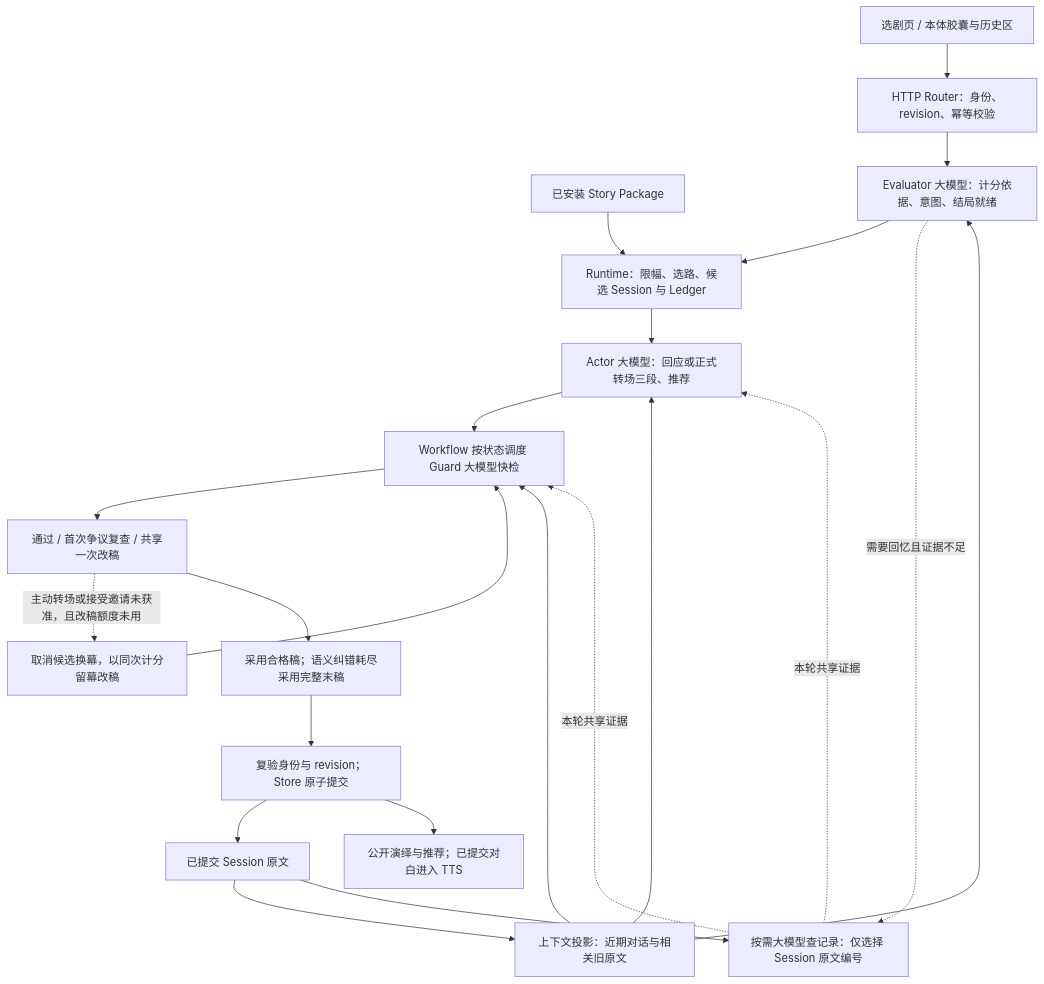
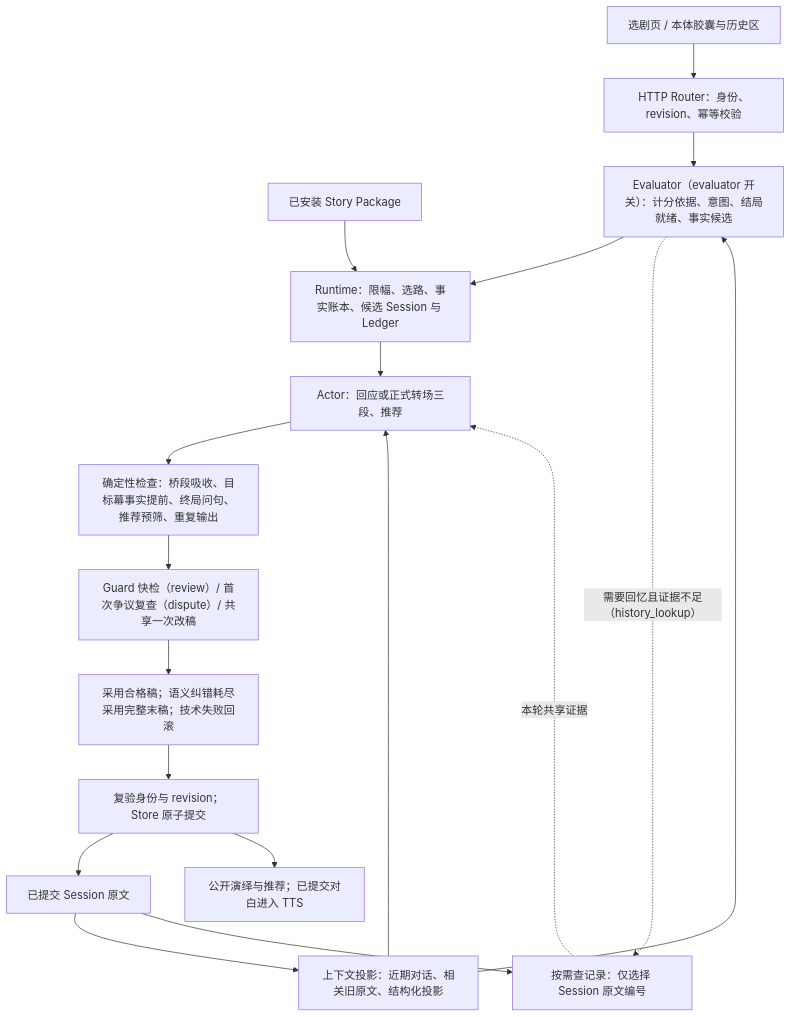
Before and after one commit to Krabbypattyl/N.E.K.O: the first of 3 diagrams in docs/design/neko-theater-architecture.md, drawn with Mermaid. The commit also changed other lines of this file and 12 other files, not shown here.

First line of the commit message:
docs(theater): replace experiment notes with an architecture doc and a decision record

````diff
--- a/docs/design/neko-theater-architecture.md
+++ b/docs/design/neko-theater-architecture.md
@@ -29,24 +18,20 @@
 ```mermaid
 flowchart TD
     UI["选剧页 / 本体胶囊与历史区"] --> API["HTTP Router：身份、revision、幂等校验"]
-    Package["已安装 Story Package"] --> Runtime["Runtime：限幅、选路、候选 Session 与 Ledger"]
-    API --> Eval["Evaluator 大模型：计分依据、意图、结局就绪"]
-    Session["已提交 Session 原文"] --> Context["上下文投影：近期对话与相关旧原文"]
+    Package["已安装 Story Package"] --> Runtime["Runtime：限幅、选路、事实账本、候选 Session 与 Ledger"]
+    API --> Eval["Evaluator（evaluator 开关）：计分依据、意图、结局就绪、事实候选"]
+    Session["已提交 Session 原文"] --> Context["上下文投影：近期对话、相关旧原文、结构化投影"]
     Context --> Eval
     Eval --> Runtime
-    Eval -. "需要回忆且证据不足" .-> Lookup["按需大模型查记录：仅选择 Session 原文编号"]
+    Eval -. "需要回忆且证据不足（history_lookup）" .-> Lookup["按需查记录：仅选择 Session 原文编号"]
     Session --> Lookup
-    Runtime --> Actor["Actor 大模型：回应或正式转场三段、推荐"]
+    Runtime --> Actor["Actor：回应或正式转场三段、推荐"]
     Context --> Actor
     Lookup -. "本轮共享证据" .-> Actor
-    Actor --> Review["Workflow 按状态调度 Guard 大模型快检"]
-    Context --> Review
-    Lookup -. "本轮共享证据" .-> Review
-    Review --> Resolution["通过 / 首次争议复查 / 共享一次改稿"]
-    Resolution -. "主动转场或接受邀请未获准，且改稿额度未用" .-> Stay["取消候选换幕，以同次计分留幕改稿"]
-    Stay --> Review
-    Resolution --> Adopt["采用合格稿；语义纠错耗尽采用完整末稿"]
+    Actor --> Checks["确定性检查：桥段吸收、目标幕事实提前、终局问句、推荐预筛、重复输出"]
+    Checks --> Review["Guard 快检（review）/ 首次争议复查（dispute）/ 共享一次改稿"]
+    Review --> Adopt["采用合格稿；语义纠错耗尽采用完整末稿；技术失败回滚"]
     Adopt --> Commit["复验身份与 revision；Store 原子提交"]
     Commit --> Session
     Commit --> Display["公开演绎与推荐；已提交对白进入 TTS"]
 ```
````
